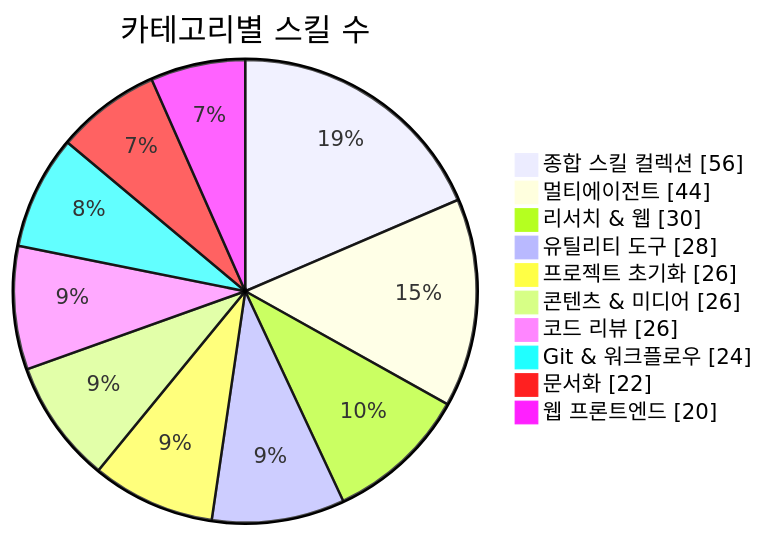
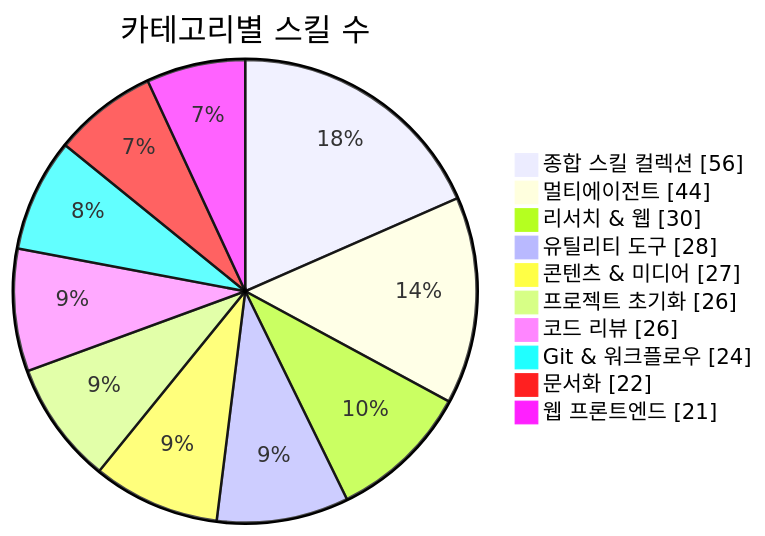
Before and after one commit to J-nowcow/awesome-korean-agent-skills: the first of 3 diagrams in README.md, drawn with Mermaid. The commit also changed other lines of this file and 5 other files, not shown here.

````diff
--- a/README.md
+++ b/README.md
@@ -176,14 +176,14 @@
 ```mermaid
 pie showData
     title 카테고리별 스킬 수
     "종합 스킬 컬렉션" : 56
     "멀티에이전트" : 44
     "리서치 & 웹" : 30
     "유틸리티 도구" : 28
+    "콘텐츠 & 미디어" : 27
     "프로젝트 초기화" : 26
-    "콘텐츠 & 미디어" : 26
     "코드 리뷰" : 26
     "Git & 워크플로우" : 24
     "문서화" : 22
-    "웹 프론트엔드" : 20
+    "웹 프론트엔드" : 21
 ```
````
